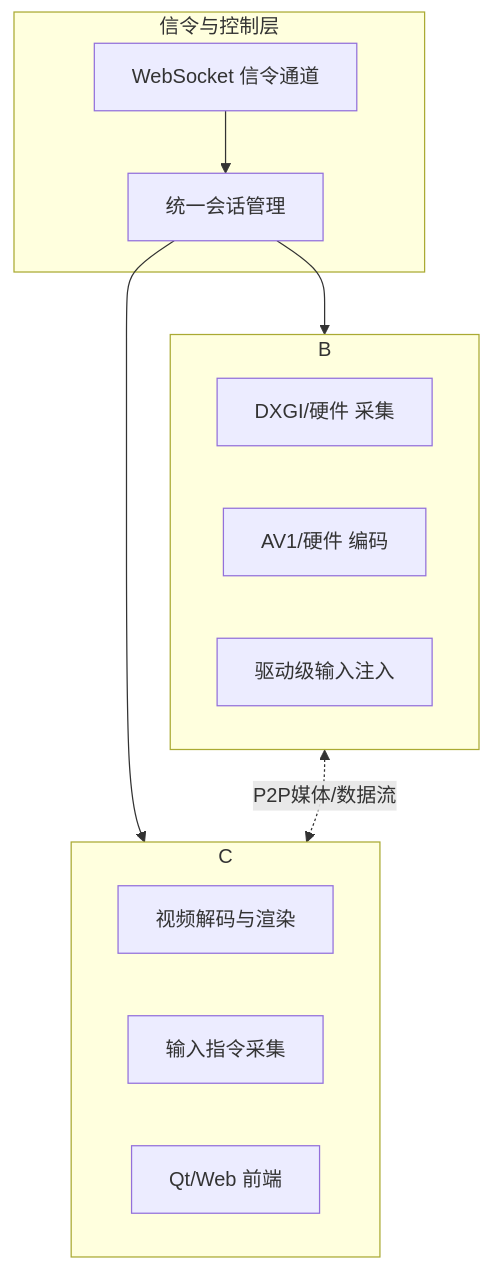
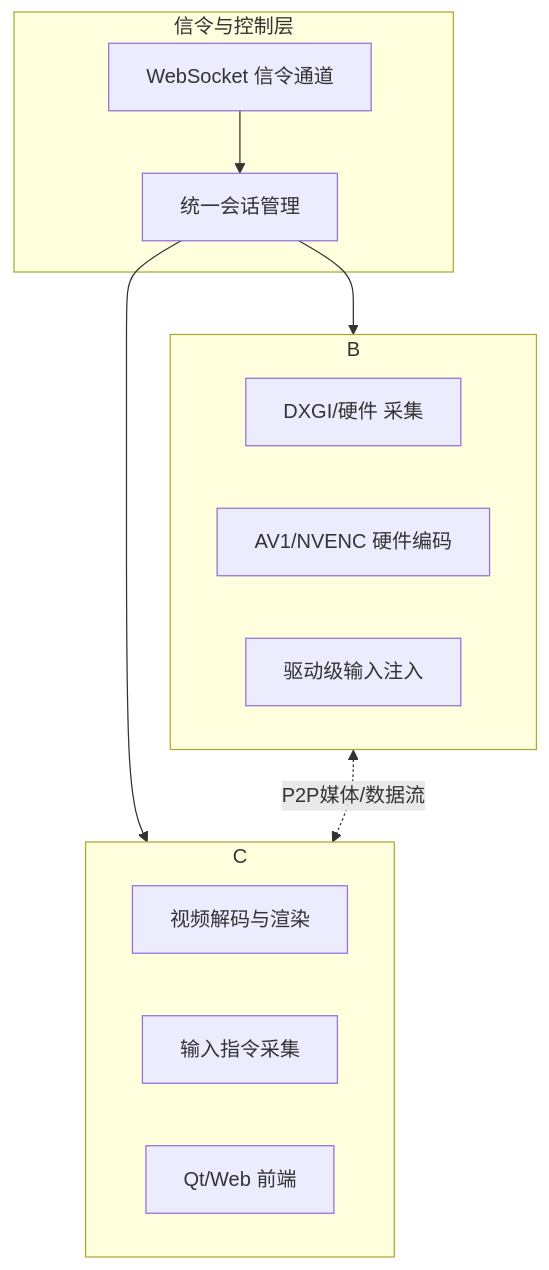
The diagram in README.md (HopeTiga/HopeDesk), drawn with Mermaid before and after one commit. The commit also changed other lines of this file, not shown here.

````diff
--- a/README.md
+++ b/README.md
@@ -20,24 +20,24 @@
 ```mermaid
 graph TD
     subgraph A [信令与控制层]
         A1[WebSocket 信令通道]
         A1 --> A2[统一会话管理]
     end
 
     A2 --> B[被控端 Host]
     A2 --> C[操控端 Client]
 
     subgraph B
         B1[DXGI/硬件 采集]
-        B2[AV1/硬件 编码]
+        B2[AV1/NVENC 硬件编码]
         B3[驱动级输入注入]
     end
 
     subgraph C
         C1[视频解码与渲染]
         C2[输入指令采集]
         C3[Qt/Web 前端]
     end
 
     B <-.P2P媒体/数据流.-> C
 ```
````
